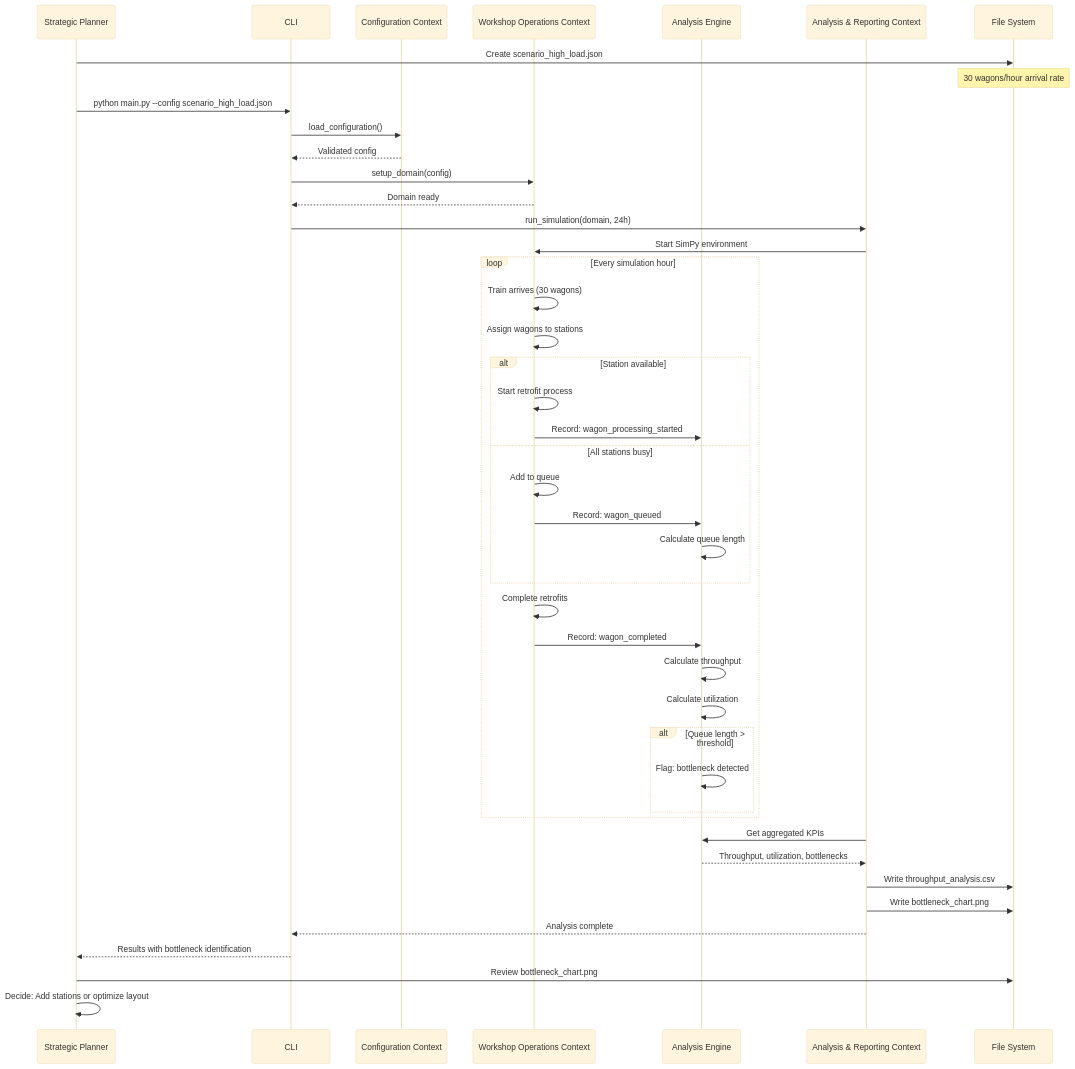
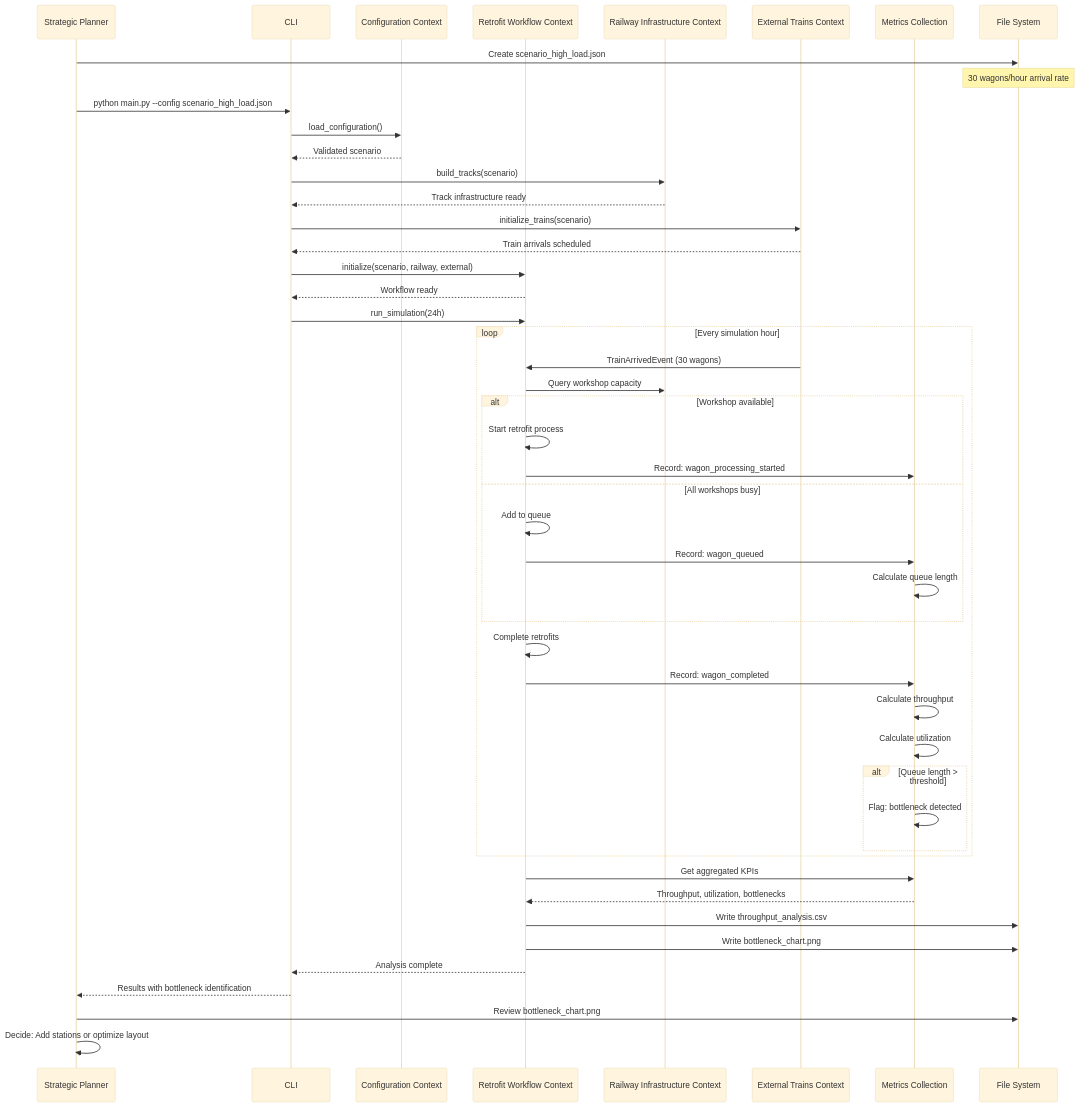
One commit to OpenRailAssociation/dac-migration-dss-popupsim changed the second of 8 diagrams in docs/mvp/architecture/06-runtime.md. Above: the diagram before and after it, drawn with Mermaid (base theme). The commit also changed other lines of this file and 197 other files, not shown here.

````diff
--- a/docs/mvp/architecture/06-runtime.md
+++ b/docs/mvp/architecture/06-runtime.md
@@ -86,57 +92,63 @@
 ```mermaid
 sequenceDiagram
     participant Planner as Strategic Planner
     participant CLI as CLI
     participant Config as Configuration Context
-    participant Domain as Workshop Operations Context
-    participant Analysis as Analysis Engine
-    participant Control as Analysis & Reporting Context
+    participant Retrofit as Retrofit Workflow Context
+    participant Railway as Railway Infrastructure Context
+    participant External as External Trains Context
+    participant Metrics as Metrics Collection
     participant Files as File System
 
     Planner->>Files: Create scenario_high_load.json
     Note over Files: 30 wagons/hour arrival rate
 
     Planner->>CLI: python main.py --config scenario_high_load.json
     CLI->>Config: load_configuration()
-    Config-->>CLI: Validated config
+    Config-->>CLI: Validated scenario
 
-    CLI->>Domain: setup_domain(config)
-    Domain-->>CLI: Domain ready
+    CLI->>Railway: build_tracks(scenario)
+    Railway-->>CLI: Track infrastructure ready
+    
+    CLI->>External: initialize_trains(scenario)
+    External-->>CLI: Train arrivals scheduled
+    
+    CLI->>Retrofit: initialize(scenario, railway, external)
+    Retrofit-->>CLI: Workflow ready
 
-    CLI->>Control: run_simulation(domain, 24h)
-    Control->>Domain: Start SimPy environment
+    CLI->>Retrofit: run_simulation(24h)
 
     loop Every simulation hour
-        Domain->>Domain: Train arrives (30 wagons)
-        Domain->>Domain: Assign wagons to stations
+        External->>Retrofit: TrainArrivedEvent (30 wagons)
+        Retrofit->>Railway: Query workshop capacity
 
-        alt Station available
-            Domain->>Domain: Start retrofit process
-            Domain->>Analysis: Record: wagon_processing_started
-        else All stations busy
-            Domain->>Domain: Add to queue
-            Domain->>Analysis: Record: wagon_queued
-            Analysis->>Analysis: Calculate queue length
+        alt Workshop available
+            Retrofit->>Retrofit: Start retrofit process
+            Retrofit->>Metrics: Record: wagon_processing_started
+        else All workshops busy
+            Retrofit->>Retrofit: Add to queue
+            Retrofit->>Metrics: Record: wagon_queued
+            Metrics->>Metrics: Calculate queue length
         end
 
-        Domain->>Domain: Complete retrofits
-        Domain->>Analysis: Record: wagon_completed
-        Analysis->>Analysis: Calculate throughput
-        Analysis->>Analysis: Calculate utilization
+        Retrofit->>Retrofit: Complete retrofits
+        Retrofit->>Metrics: Record: wagon_completed
+        Metrics->>Metrics: Calculate throughput
+        Metrics->>Metrics: Calculate utilization
 
         alt Queue length > threshold
-            Analysis->>Analysis: Flag: bottleneck detected
+            Metrics->>Metrics: Flag: bottleneck detected
         end
     end
 
-    Control->>Analysis: Get aggregated KPIs
-    Analysis-->>Control: Throughput, utilization, bottlenecks
+    Retrofit->>Metrics: Get aggregated KPIs
+    Metrics-->>Retrofit: Throughput, utilization, bottlenecks
 
-    Control->>Files: Write throughput_analysis.csv
-    Control->>Files: Write bottleneck_chart.png
-    Control-->>CLI: Analysis complete
+    Retrofit->>Files: Write throughput_analysis.csv
+    Retrofit->>Files: Write bottleneck_chart.png
+    Retrofit-->>CLI: Analysis complete
 
     CLI-->>Planner: Results with bottleneck identification
     Planner->>Files: Review bottleneck_chart.png
     Planner->>Planner: Decide: Add stations or optimize layout
 ```
````
